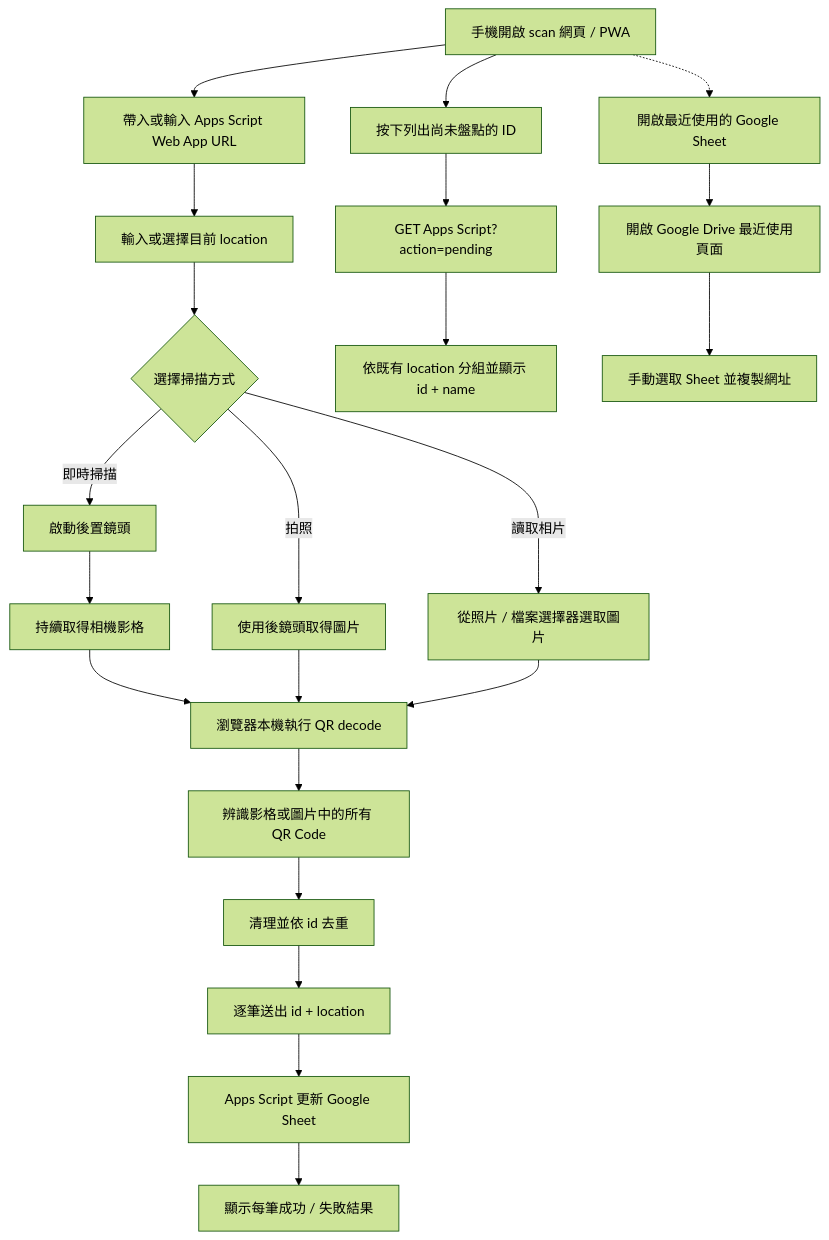
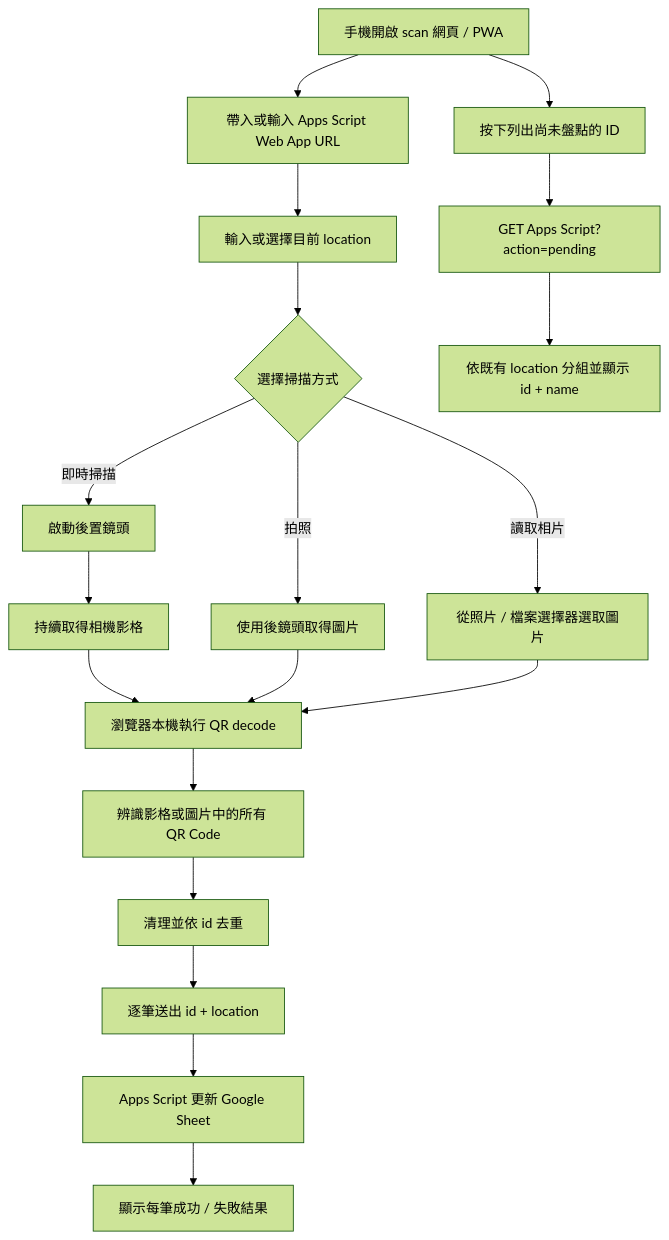
Before and after one commit to pulipulichen/Mobile-Inventory-Scanner: the diagram in scan/README.md, drawn with Mermaid (forest theme). The commit also changed other lines of this file and 64 other files, not shown here.

````diff
--- a/scan/README.md
+++ b/scan/README.md
@@ -57,24 +57,21 @@
 ```mermaid
 flowchart TD
     A["手機開啟 scan 網頁 / PWA"] --> B["帶入或輸入 Apps Script Web App URL"]
     B --> C["輸入或選擇目前 location"]
     C --> D{"選擇掃描方式"}
     D -->|"即時掃描"| E["啟動後置鏡頭"]
     E --> F["持續取得相機影格"]
     D -->|"拍照"| G["使用後鏡頭取得圖片"]
     D -->|"讀取相片"| H["從照片 / 檔案選擇器選取圖片"]
     F --> I["瀏覽器本機執行 QR decode"]
     G --> I
     H --> I
     I --> J["辨識影格或圖片中的所有 QR Code"]
     J --> K["清理並依 id 去重"]
     K --> L["逐筆送出 id + location"]
     L --> M["Apps Script 更新 Google Sheet"]
     M --> N["顯示每筆成功 / 失敗結果"]
     A --> O["按下列出尚未盤點的 ID"]
     O --> P["GET Apps Script?action=pending"]
     P --> R["依既有 location 分組並顯示 id + name"]
-    A -.-> S["開啟最近使用的 Google Sheet"]
-    S --> T["開啟 Google Drive 最近使用頁面"]
-    T --> U["手動選取 Sheet 並複製網址"]
 ```
````
